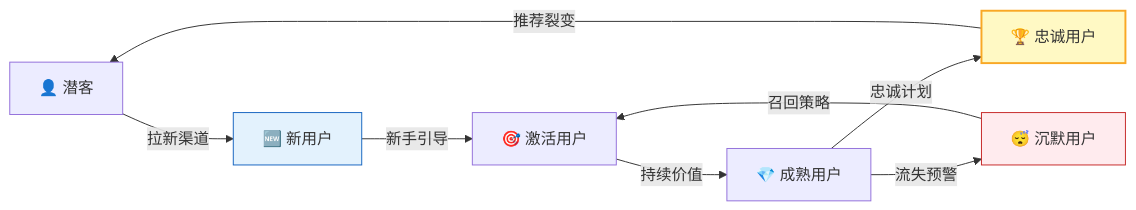
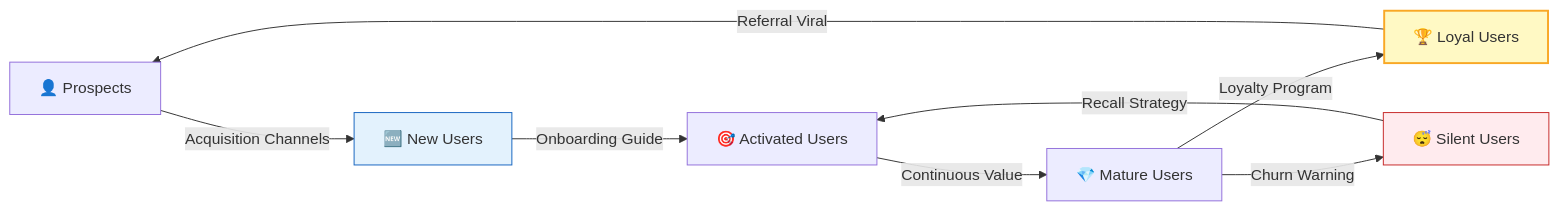
One commit to Kirky-X/cangjie changed the third of 9 diagrams in templates/产品/运营层/【模板】运营手册.md. Above: the diagram before and after it, drawn with Mermaid. The commit also changed other lines of this file and 60 other files, not shown here.

````diff
--- a/templates/产品/运营层/【模板】运营手册.md
+++ b/templates/产品/运营层/【模板】运营手册.md
@@ -153,14 +153,14 @@
 ```mermaid
 flowchart LR
-    A[👤 潜客] -->|拉新渠道| B[🆕 新用户]
-    B -->|新手引导| C[🎯 激活用户]
-    C -->|持续价值| D[💎 成熟用户]
-    D -->|忠诚计划| E[🏆 忠诚用户]
-    D -->|流失预警| F[😴 沉默用户]
-    F -->|召回策略| C
-    E -->|推荐裂变| A
+    A[👤 Prospects] -->|Acquisition Channels| B[🆕 New Users]
+    B -->|Onboarding Guide| C[🎯 Activated Users]
+    C -->|Continuous Value| D[💎 Mature Users]
+    D -->|Loyalty Program| E[🏆 Loyal Users]
+    D -->|Churn Warning| F[😴 Silent Users]
+    F -->|Recall Strategy| C
+    E -->|Referral Viral| A
 
     style B fill:#e3f2fd,stroke:#1565c0
     style E fill:#fff9c4,stroke:#f9a825,stroke-width:2px
     style F fill:#ffebee,stroke:#c62828
 ```
````
